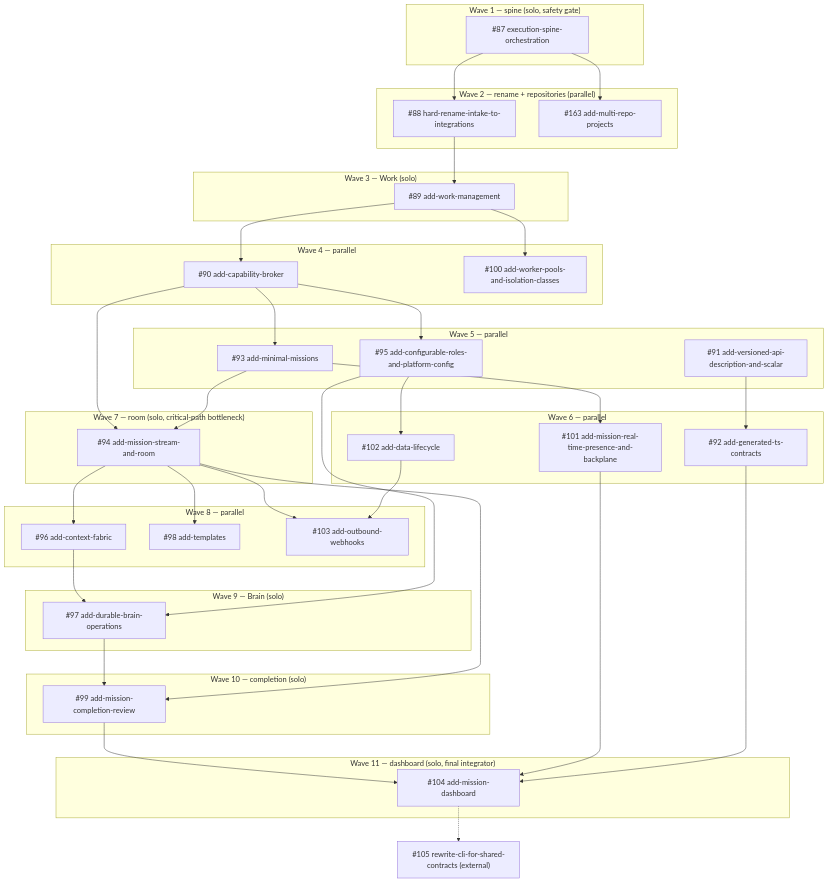
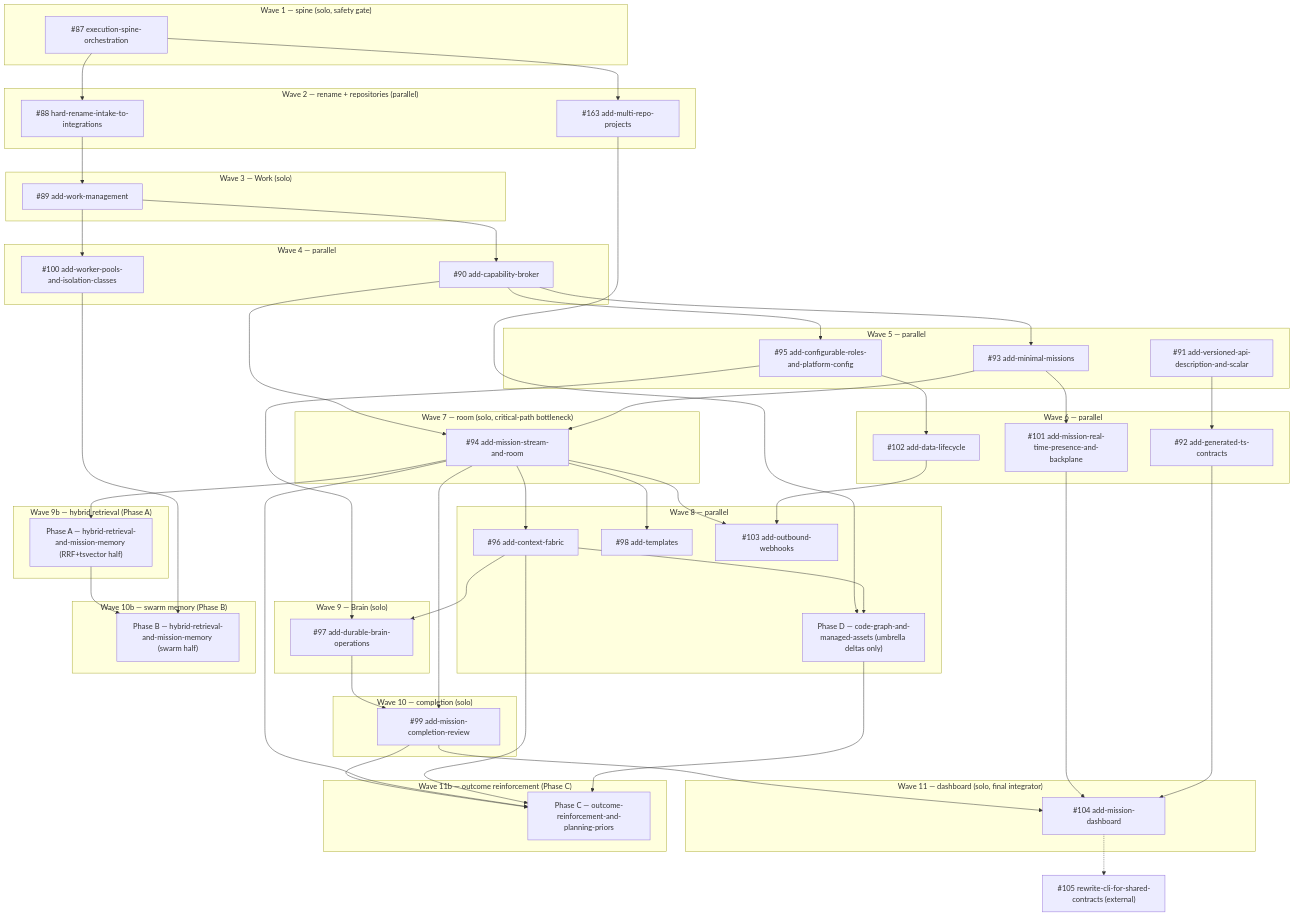
One commit to dot-stbl/comuki changed the diagram in openspec/changes/add-mission-cowork/decomposition.md. Above: the diagram before and after it, drawn with Mermaid. The commit also changed other lines of this file and 81 other files, not shown here.

First line of the commit message:
[.stbl](feat/memory): hybrid retrieval, wiki sources, skill assets

```diff
--- a/openspec/changes/add-mission-cowork/decomposition.md
+++ b/openspec/changes/add-mission-cowork/decomposition.md
@@ -107,15 +110,25 @@
         I96["#96 add-context-fabric"]
         I98["#98 add-templates"]
         I103["#103 add-outbound-webhooks"]
+        IA["Phase D — code-graph-and-managed-assets (umbrella deltas only)"]
     end
     subgraph W9["Wave 9 — Brain (solo)"]
         I97["#97 add-durable-brain-operations"]
     end
+    subgraph W9b["Wave 9b — hybrid retrieval (Phase A)"]
+        IA1["Phase A — hybrid-retrieval-and-mission-memory (RRF+tsvector half)"]
+    end
     subgraph W10["Wave 10 — completion (solo)"]
         I99["#99 add-mission-completion-review"]
     end
+    subgraph W10b["Wave 10b — swarm memory (Phase B)"]
+        IA2["Phase B — hybrid-retrieval-and-mission-memory (swarm half)"]
+    end
     subgraph W11["Wave 11 — dashboard (solo, final integrator)"]
         I104["#104 add-mission-dashboard"]
+    end
+    subgraph W11b["Wave 11b — outcome reinforcement (Phase C)"]
+        IA3["Phase C — outcome-reinforcement-and-planning-priors"]
     end
 
     I87 --> I88 --> I89
@@ -137,6 +150,15 @@
     I95 --> I97
     I97 --> I99
     I94 --> I99
+    I94 --> IA1
+    IA1 --> IA2
+    I100 --> IA2
+    I99 --> IA3
+    I94 --> IA3
+    I96 --> IA3
+    I163 --> IA
+    I96 --> IA
+    IA --> IA3
     I99 --> I104
     I101 --> I104
     I92 --> I104
```
